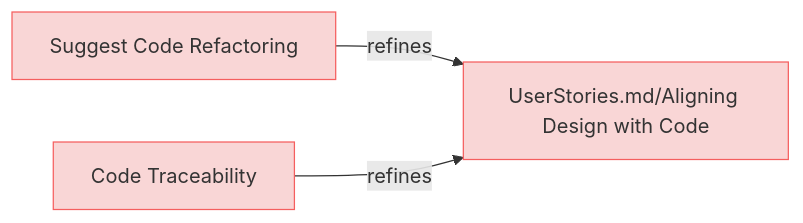
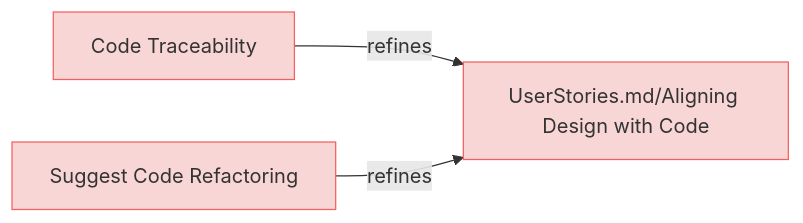
Before and after one commit to reqvire-org/reqvire: the second of 9 diagrams in specifications/UserRequirements.md, drawn with Mermaid. The commit also changed other lines of this file and 72 other files, not shown here.

Commit message:
Major rework of the logic in reqvire. It uses git repository root as root folder and everything else is relative to it. External folders and specifications folder concept has been deprecated.

````diff
--- a/specifications/UserRequirements.md
+++ b/specifications/UserRequirements.md
@@ -107,20 +107,20 @@
 ```mermaid
 graph LR;
   %% Graph styling
   classDef requirement fill:#f9d6d6,stroke:#f55f5f,stroke-width:1px;
   classDef verification fill:#d6f9d6,stroke:#5fd75f,stroke-width:1px;
   classDef externalLink fill:#d0e0ff,stroke:#3080ff,stroke-width:1px;
   classDef default fill:#f5f5f5,stroke:#333333,stroke-width:1px;
 
-  43dbd0667720212c["Suggest Code Refactoring"];
-  click 43dbd0667720212c "https://github.com/Reqvire/reqvire/blob/ad88ba6b828e94c93382866fefd058c011c1ac60/specifications/UserRequirements.md#suggest-code-refactoring";
-  class 43dbd0667720212c requirement;
+  8c02a4fb740392b["Code Traceability"];
+  click 8c02a4fb740392b "UserRequirements.md#code-traceability";
+  class 8c02a4fb740392b requirement;
   a9bc74070fc71e6d["UserStories.md/Aligning Design with Code"];
   class a9bc74070fc71e6d requirement;
-  click a9bc74070fc71e6d "https://github.com/Reqvire/reqvire/blob/ad88ba6b828e94c93382866fefd058c011c1ac60/specifications/UserStories.md#aligning-design-with-code";
+  click a9bc74070fc71e6d "UserStories.md#aligning-design-with-code";
+  8c02a4fb740392b -->|refines| a9bc74070fc71e6d;
+  43dbd0667720212c["Suggest Code Refactoring"];
+  click 43dbd0667720212c "UserRequirements.md#suggest-code-refactoring";
+  class 43dbd0667720212c requirement;
   43dbd0667720212c -->|refines| a9bc74070fc71e6d;
-  8c02a4fb740392b["Code Traceability"];
-  click 8c02a4fb740392b "https://github.com/Reqvire/reqvire/blob/ad88ba6b828e94c93382866fefd058c011c1ac60/specifications/UserRequirements.md#code-traceability";
-  class 8c02a4fb740392b requirement;
-  8c02a4fb740392b -->|refines| a9bc74070fc71e6d;
 ```
````
